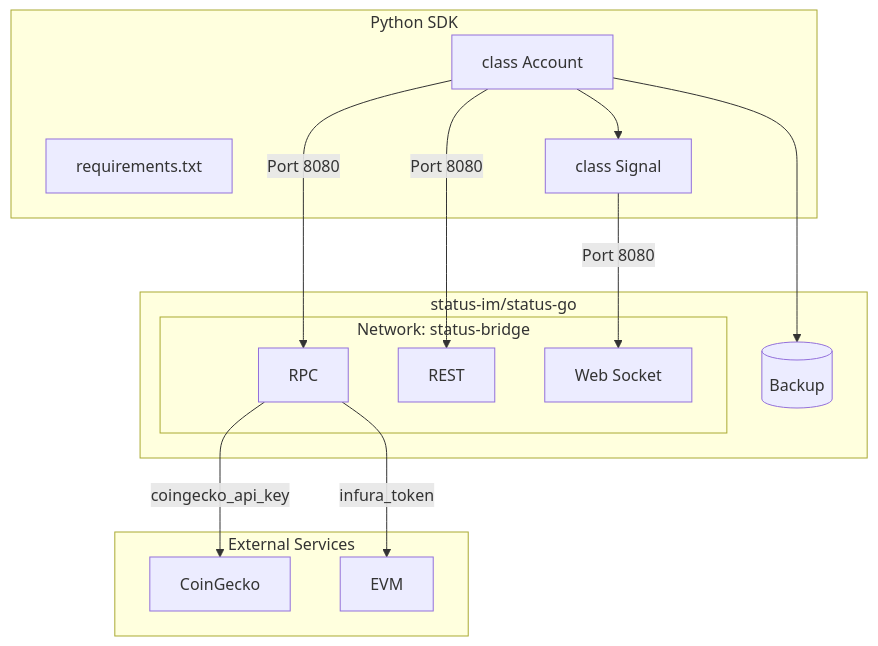
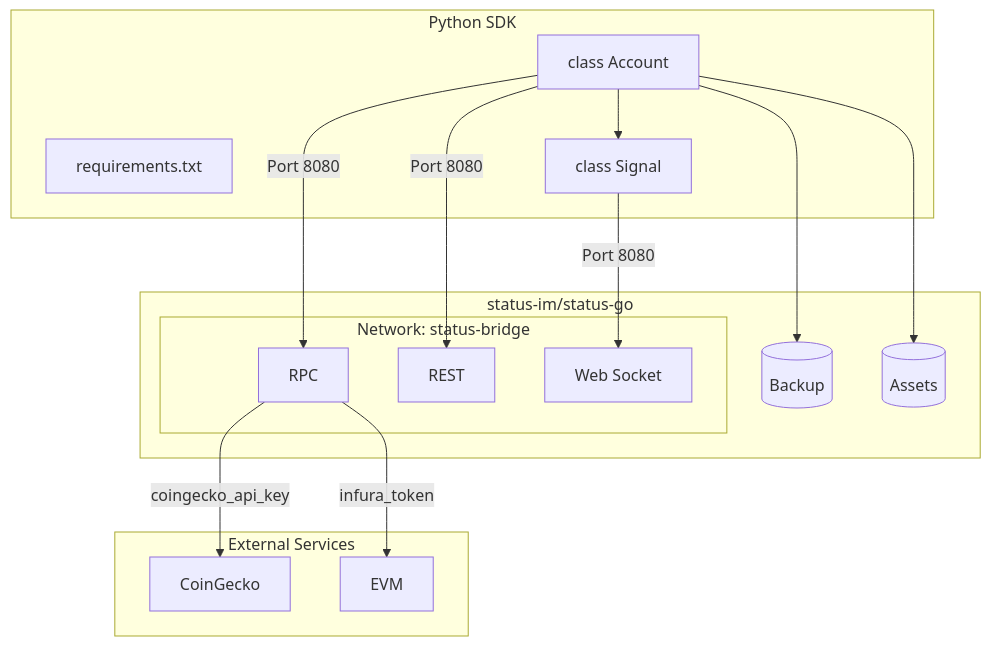
Before and after one commit to status-im/status-python-sdk: the first of 2 diagrams in README.md, drawn with Mermaid. The commit also changed other lines of this file and 5 other files, not shown here.

````diff
--- a/README.md
+++ b/README.md
@@ -15,31 +15,33 @@
 ```mermaid
 graph TB
-   subgraph backend[status-im/status-go]
-       subgraph Endpoints[Network: status-bridge]
+    subgraph backend[status-im/status-go]
+        subgraph Endpoints[Network: status-bridge]
            RPC[RPC]
            HTTP[REST]
            SOCKET[Web Socket]
        end
-       Vol[(Backup)]
+       Vol1[(Backup)]
+       Vol2[(Assets)]
    end
 
 
    subgraph bot[Python SDK]
         REQUIREMENTS[requirements.txt]
         SDK[class Account]
         SIGNAL[class Signal]
     end
 
     subgraph external[External Services]
         COINGECKO[CoinGecko]
         EVM
     end
 
-   SDK --> SIGNAL
-   SDK --> |Port 8080| RPC
-   SDK --> |Port 8080| HTTP
-   SIGNAL --> |Port 8080| SOCKET
-   SDK --> Vol
-   RPC --> |coingecko_api_key| COINGECKO
-   RPC --> |infura_token| EVM
+    SDK --> SIGNAL
+    SDK --> |Port 8080| RPC
+    SDK --> |Port 8080| HTTP
+    SIGNAL --> |Port 8080| SOCKET
+    SDK --> Vol1
+    SDK --> Vol2
+    RPC --> |coingecko_api_key| COINGECKO
+    RPC --> |infura_token| EVM
 ```
````
